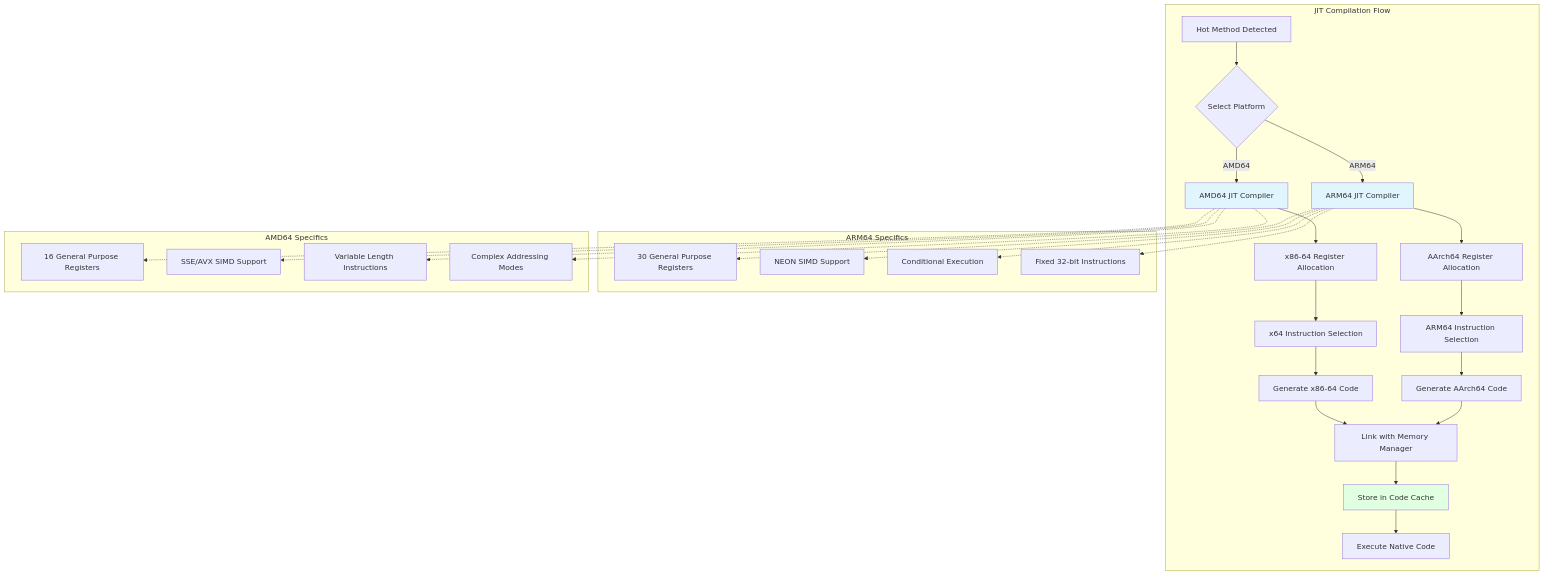
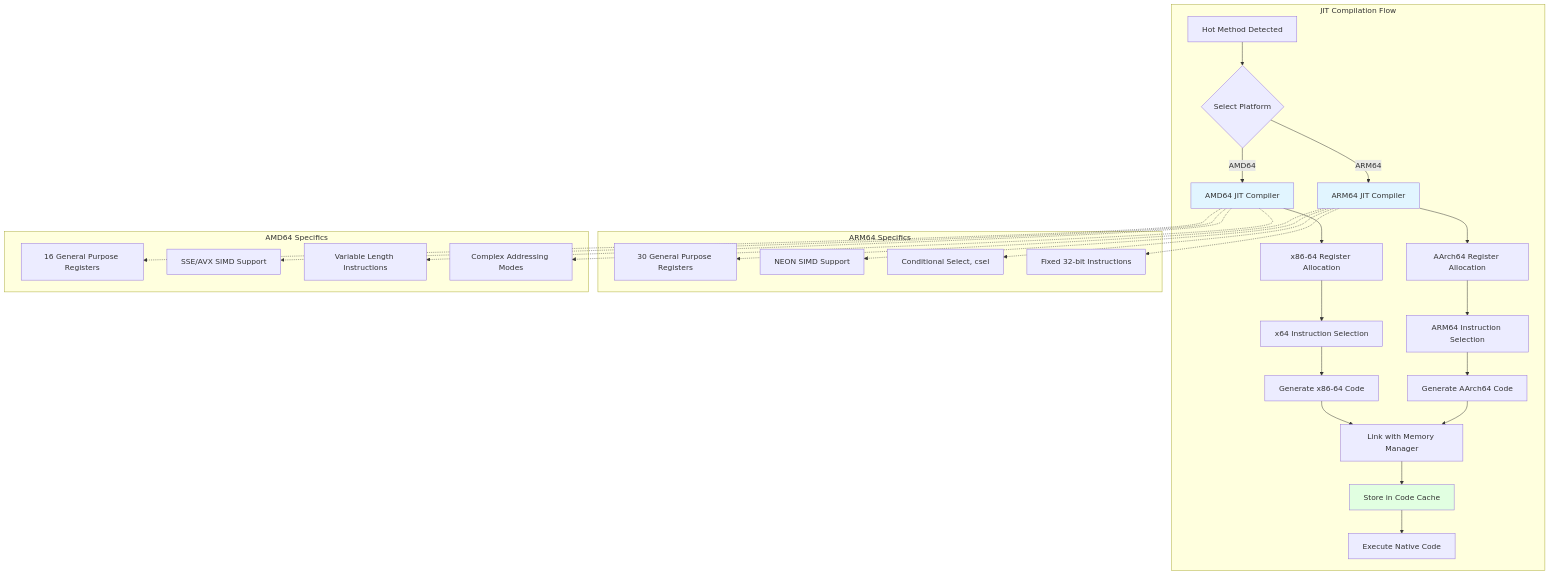
Before and after one commit to objeck/objeck-lang: the seventh of 24 diagrams in docs/architecture.md, drawn with Mermaid. The commit also changed other lines of this file and 8 other files, not shown here.

First line of the commit message:
docs: refresh architecture, JIT and index docs

````diff
--- a/docs/architecture.md
+++ b/docs/architecture.md
@@ -323,45 +331,45 @@
 ```mermaid
 graph TB
     subgraph "JIT Compilation Flow"
         A[Hot Method Detected] --> B{Select Platform}
 
         B -->|ARM64| C1[ARM64 JIT Compiler]
         B -->|AMD64| C2[AMD64 JIT Compiler]
 
         C1 --> D1[AArch64 Register Allocation]
         C2 --> D2[x86-64 Register Allocation]
 
         D1 --> E1[ARM64 Instruction Selection]
         D2 --> E2[x64 Instruction Selection]
 
         E1 --> F1[Generate AArch64 Code]
         E2 --> F2[Generate x86-64 Code]
 
         F1 --> G[Link with Memory Manager]
         F2 --> G
 
         G --> H[Store in Code Cache]
         H --> I[Execute Native Code]
     end
 
     subgraph "ARM64 Specifics"
         J1[30 General Purpose Registers]
         J2[NEON SIMD Support]
-        J3[Conditional Execution]
+        J3[Conditional Select, csel]
         J4[Fixed 32-bit Instructions]
     end
 
     subgraph "AMD64 Specifics"
         K1[16 General Purpose Registers]
         K2[SSE/AVX SIMD Support]
         K3[Variable Length Instructions]
         K4[Complex Addressing Modes]
     end
 
     C1 -.-> J1 & J2 & J3 & J4
     C2 -.-> K1 & K2 & K3 & K4
 
     style C1 fill:#e1f5ff
     style C2 fill:#e1f5ff
     style H fill:#e1ffe1
 ```
````
